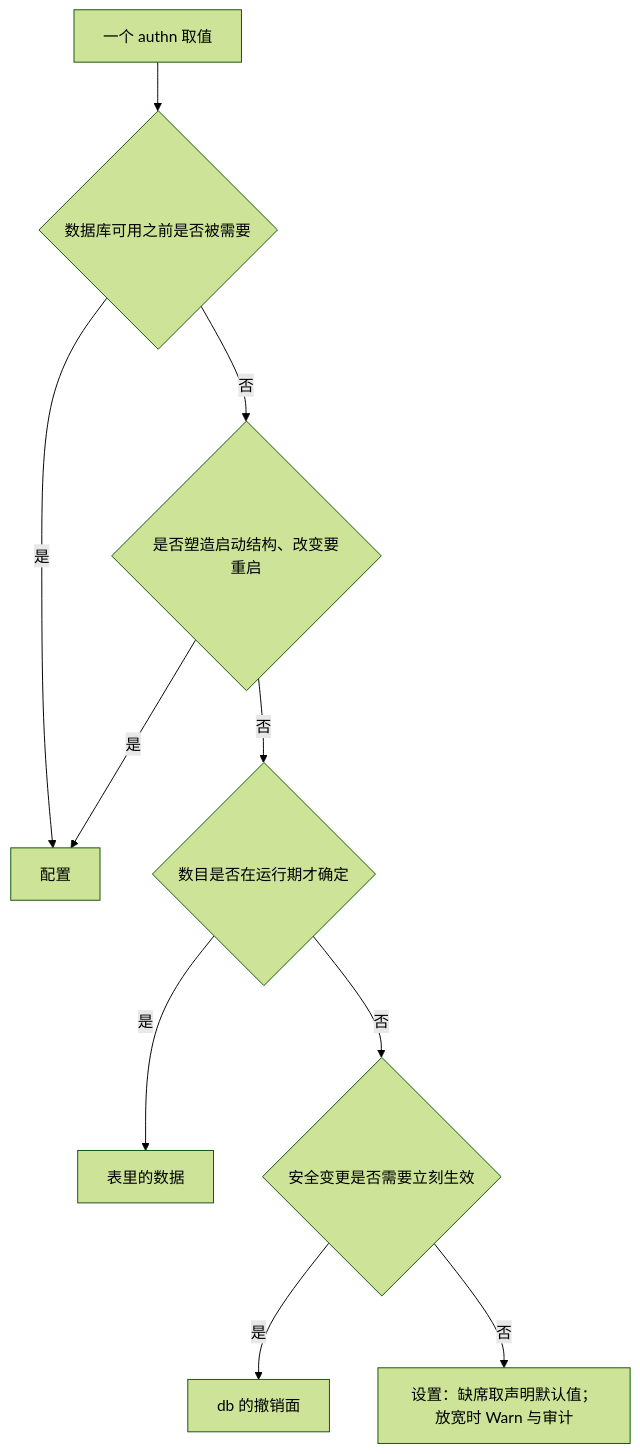
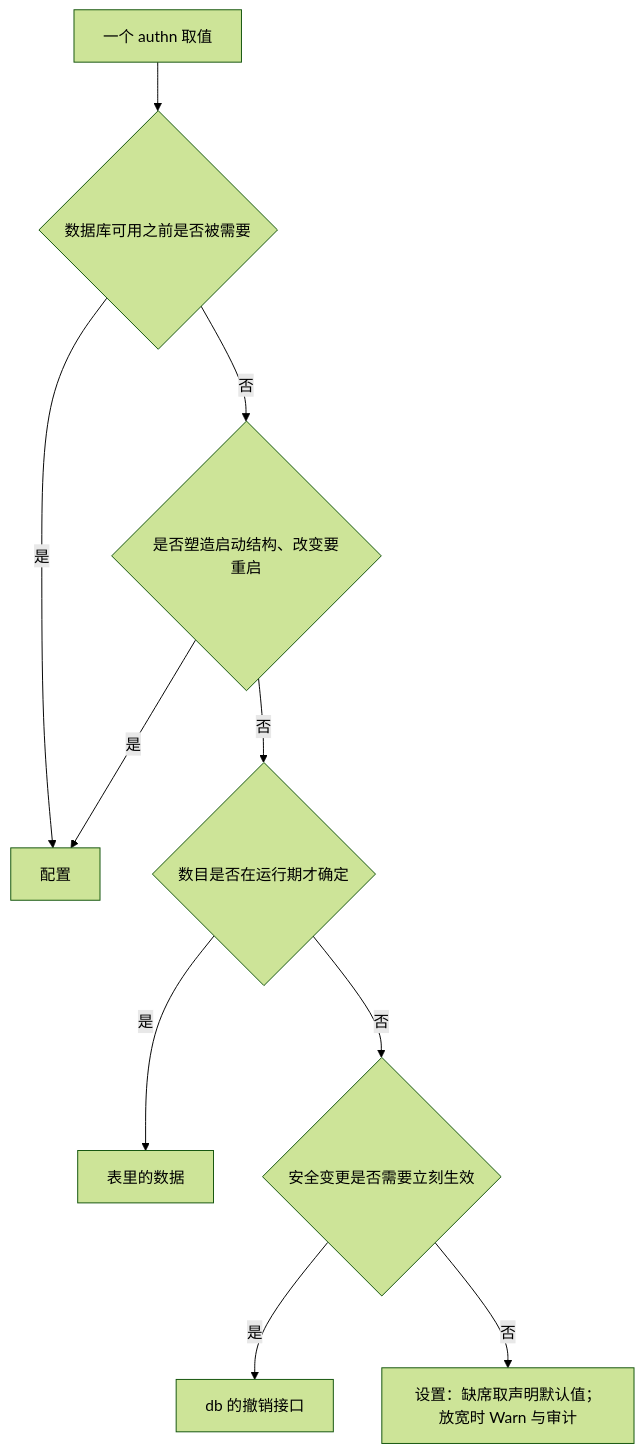
Before and after one commit to wangzw/speed: the diagram in docs/adr/adr-authn-settings-and-secrets.md, drawn with Mermaid (forest theme). The commit also changed other lines of this file and 328 other files, not shown here.

````diff
--- a/docs/adr/adr-authn-settings-and-secrets.md
+++ b/docs/adr/adr-authn-settings-and-secrets.md
@@ -146,12 +146,12 @@
 ```mermaid
 flowchart TD
     V["一个 authn 取值"] --> Q1{"数据库可用之前是否被需要"}
     Q1 -- 是 --> C["配置"]
     Q1 -- 否 --> QB{"是否塑造启动结构、改变要重启"}
     QB -- 是 --> C
     QB -- 否 --> Q2{"数目是否在运行期才确定"}
     Q2 -- 是 --> D["表里的数据"]
     Q2 -- 否 --> Q3{"安全变更是否需要立刻生效"}
-    Q3 -- 是 --> R["db 的撤销面"]
+    Q3 -- 是 --> R["db 的撤销接口"]
     Q3 -- 否 --> S["设置：缺席取声明默认值；放宽时 Warn 与审计"]
 ```
````
